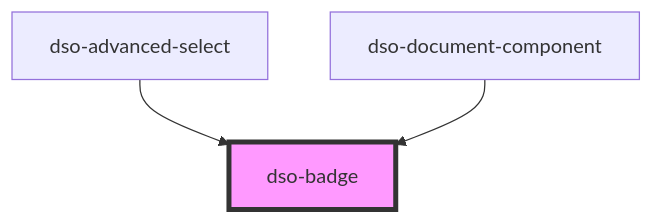
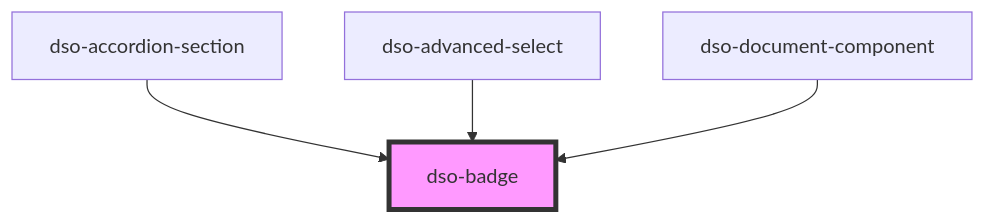
The diagram in packages/core/src/components/badge/readme.md (dso-toolkit/dso-toolkit), drawn with Mermaid before and after one commit. The commit also changed other lines of this file and 16 other files, not shown here.

Commit message:
#2657 [Added] Accordion: Badge toevoegen

````diff
--- a/packages/core/src/components/badge/readme.md
+++ b/packages/core/src/components/badge/readme.md
@@ -21,6 +22,7 @@
 ```mermaid
 graph TD;
+  dso-accordion-section --> dso-badge
   dso-advanced-select --> dso-badge
   dso-document-component --> dso-badge
   style dso-badge fill:#f9f,stroke:#333,stroke-width:4px
 ```
````
